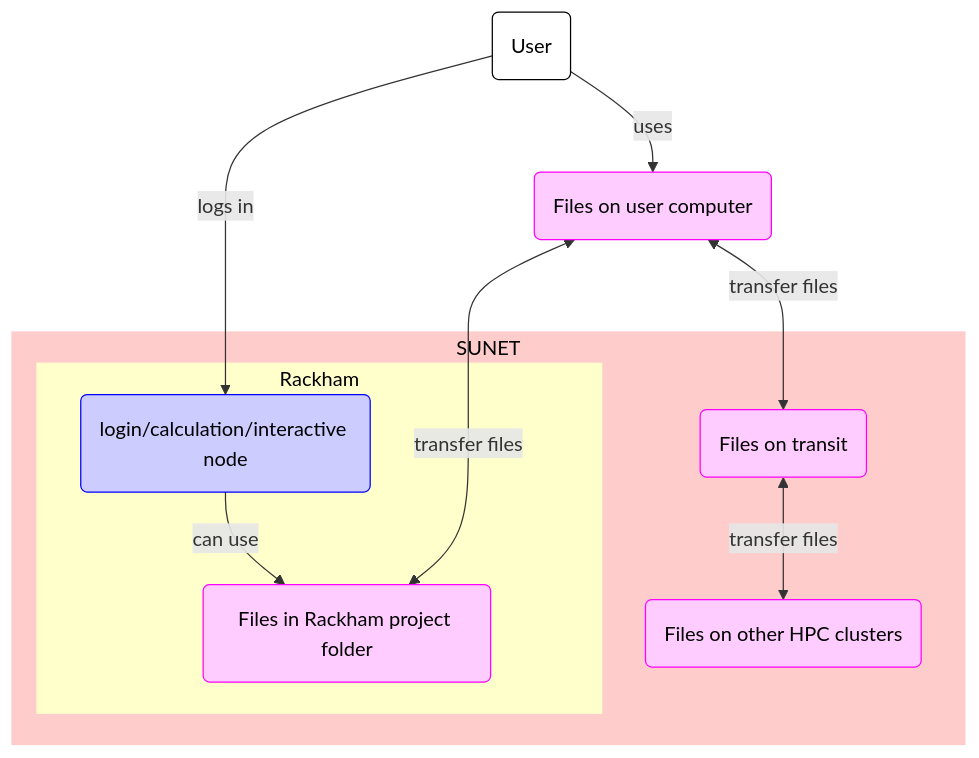
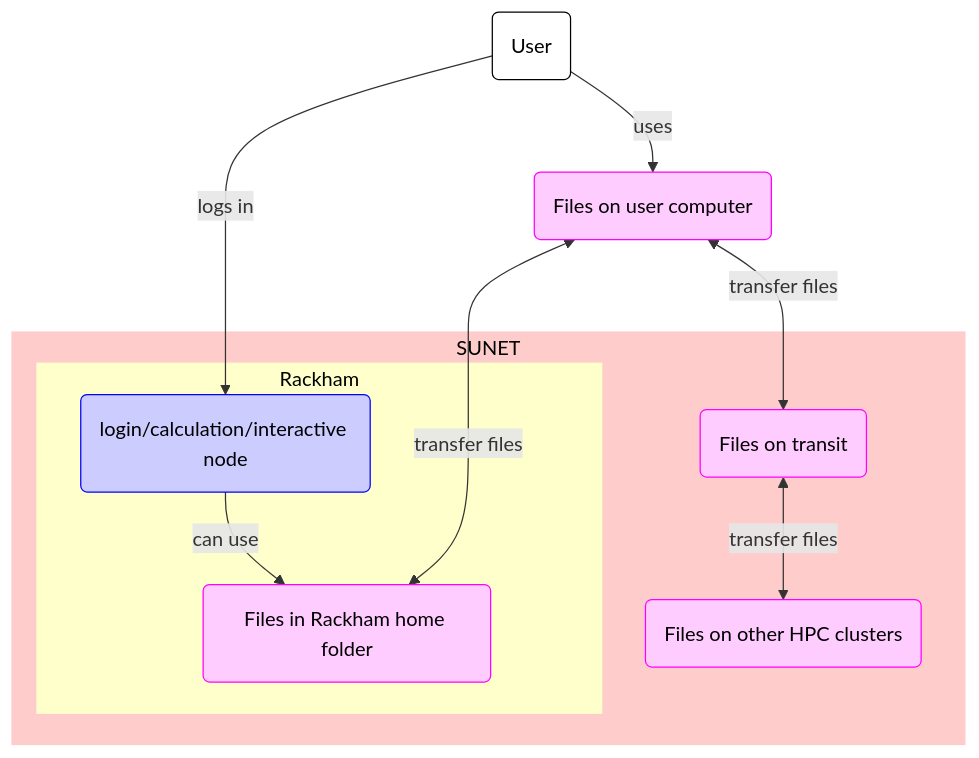
The second of 2 diagrams in docs/cluster_guides/rackham_file_transfer_using_gui.md (UPPMAX/UPPMAX-documentation), drawn with Mermaid before and after one commit. The commit also changed other lines of this file, not shown here.

Commit message:
Improve graph

````diff
--- a/docs/cluster_guides/rackham_file_transfer_using_gui.md
+++ b/docs/cluster_guides/rackham_file_transfer_using_gui.md
@@ -154,34 +154,34 @@
 ```mermaid
 flowchart TD
 
     %% Give a white background to all nodes, instead of a transparent one
     classDef node fill:#fff,color:#000,stroke:#000
 
     %% Graph nodes for files and calculations
     classDef file_node fill:#fcf,color:#000,stroke:#f0f
     classDef calculation_node fill:#ccf,color:#000,stroke:#00f
 
     user(User)
       user_local_files(Files on user computer):::file_node
 
     subgraph sub_inside[SUNET]
       subgraph sub_rackham_shared_env[Rackham]
           login_node(login/calculation/interactive node):::calculation_node
-          files_in_rackham_project(Files in Rackham project folder):::file_node
+          files_in_rackham_home(Files in Rackham home folder):::file_node
       end
       files_on_transit(Files on transit):::file_node
       files_on_other_clusters(Files on other HPC clusters):::file_node
     end
 
     %% Shared subgraph color scheme
     %% style sub_outside fill:#ccc,color:#000,stroke:#ccc
     style sub_inside fill:#fcc,color:#000,stroke:#fcc
     style sub_rackham_shared_env fill:#ffc,color:#000,stroke:#ffc
 
     user --> |logs in |login_node
     user --> |uses| user_local_files
     user_local_files <--> |transfer files|files_on_transit
     files_on_transit <--> |transfer files|files_on_other_clusters
-    login_node --> |can use|files_in_rackham_project
-    user_local_files <--> |transfer files|files_in_rackham_project
+    login_node --> |can use|files_in_rackham_home
+    user_local_files <--> |transfer files|files_in_rackham_home
 ```
````
